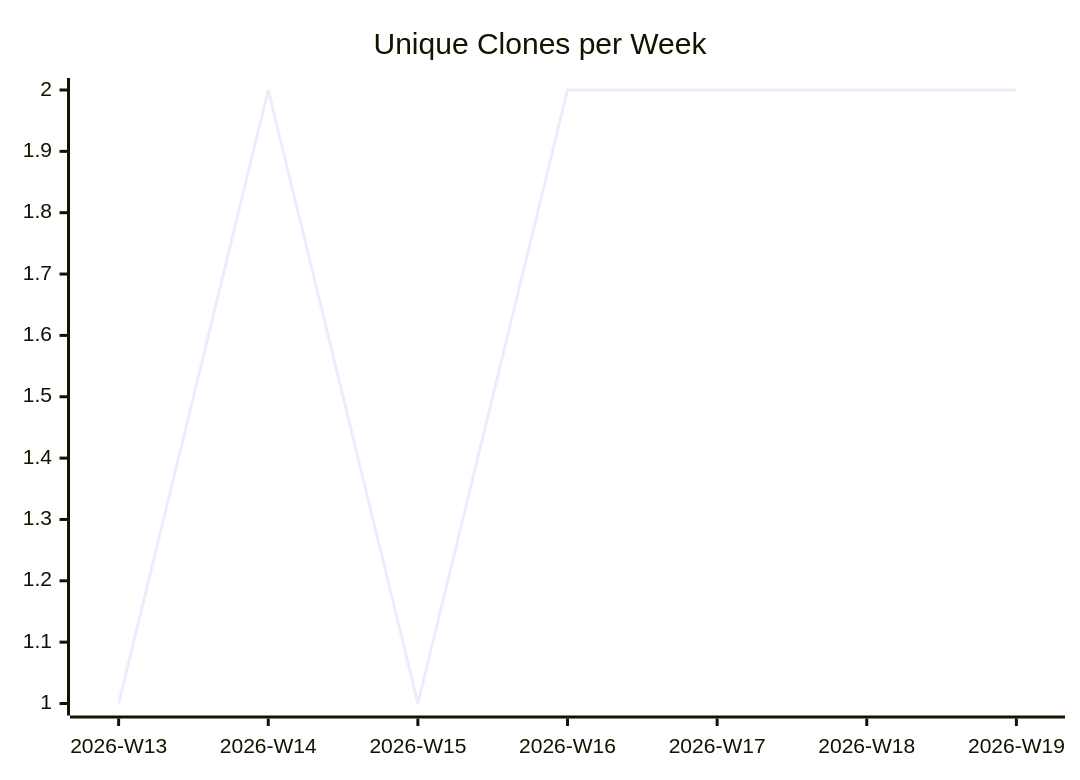
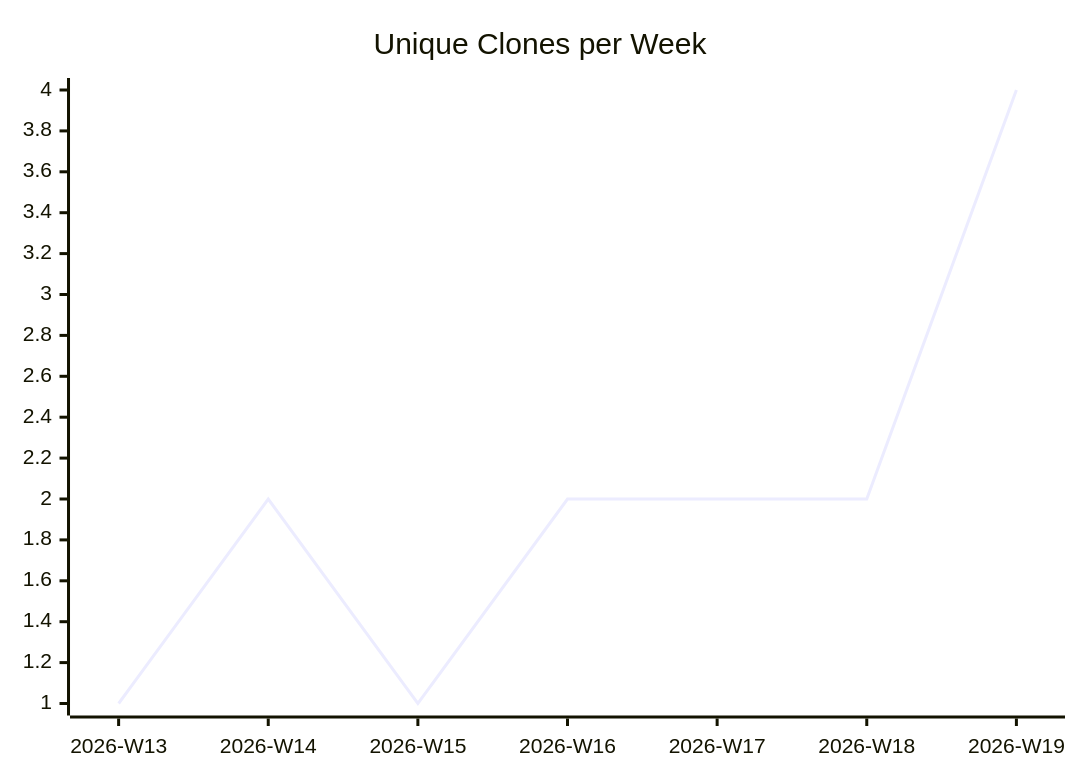
The third of 3 diagrams in karlmdavis/sample-maven-and-rcp/README.md (justdavis-family/github-analytics-data), drawn with Mermaid before and after one commit. The commit also changed other lines of this file and 192 other files, not shown here.

````diff
--- a/karlmdavis/sample-maven-and-rcp/README.md
+++ b/karlmdavis/sample-maven-and-rcp/README.md
@@ -19,6 +19,6 @@
 ```mermaid
 xychart-beta
   title "Unique Clones per Week"
   x-axis ["2026-W13", "2026-W14", "2026-W15", "2026-W16", "2026-W17", "2026-W18", "2026-W19"]
-  line [1, 2, 1, 2, 2, 2, 2]
+  line [1, 2, 1, 2, 2, 2, 4]
 ```
````
